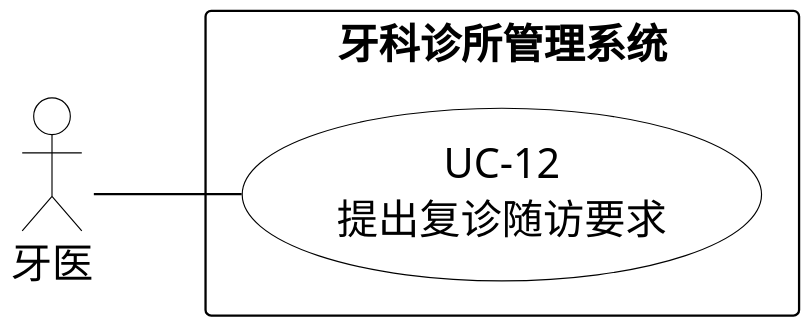
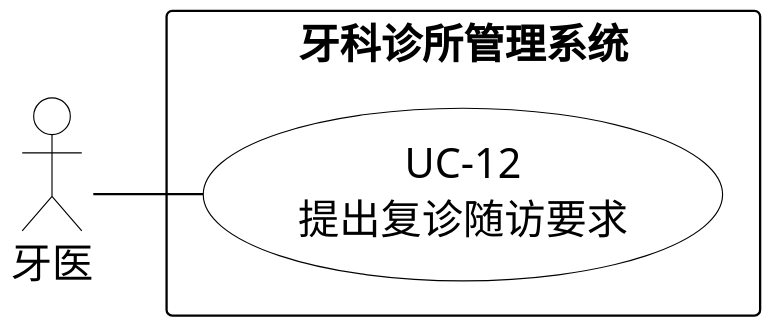
Before and after one commit to Shawmc-creator/systemAnalyseAndDesign: the diagram in 01-需求文档/diagrams/07-12-system-use-case.puml, drawn with PlantUML. The commit also changed 736 other files, not shown here.

```diff
--- a/01-需求文档/diagrams/07-12-system-use-case.puml
+++ b/01-需求文档/diagrams/07-12-system-use-case.puml
@@ -1,29 +1,29 @@
 @startuml
 skinparam backgroundColor white
 skinparam shadowing false
 skinparam defaultFontName SimSun
 skinparam defaultFontSize 18
 skinparam dpi 220
 skinparam ArrowColor black
-skinparam nodesep 24
-skinparam ranksep 65
+skinparam nodesep 22
+skinparam ranksep 48
 skinparam actor {
  BorderColor black
  BackgroundColor white
 }
 skinparam usecase {
  BorderColor black
  BackgroundColor white
 }
 skinparam rectangle {
  BorderColor black
  BackgroundColor white
 }
 left to right direction
 actor "牙医" as A0
 rectangle "牙科诊所管理系统" {
  usecase "UC-12\n提出复诊随访要求" as U
 }
 A0 -- U
 
 @enduml
```
